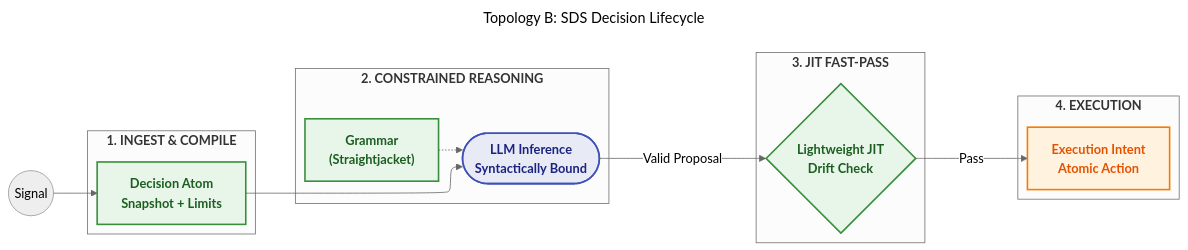
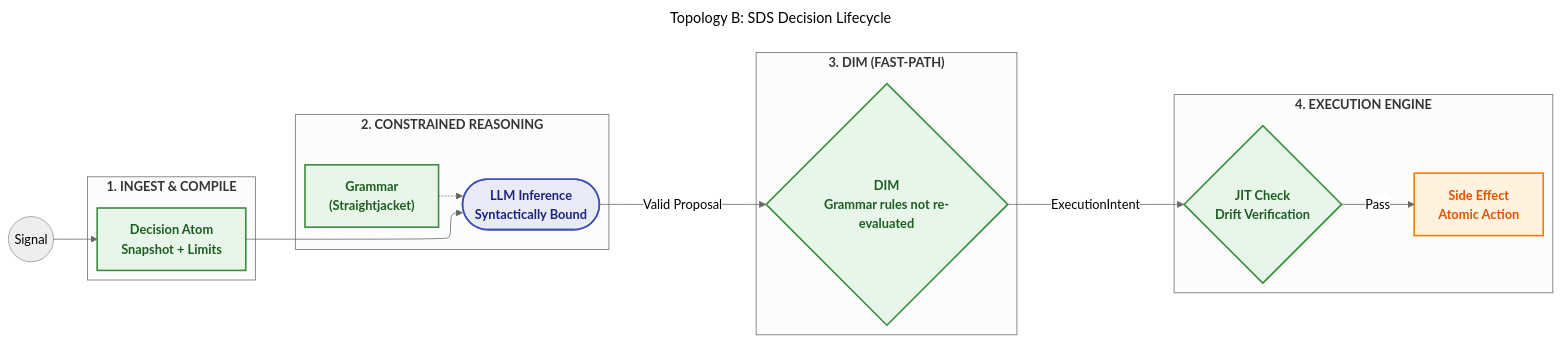
Diagram 18 of 21 in docs/07-dir-minified/DIR-minified.md (huka81/decision-intelligence-runtime), drawn with Mermaid before and after one commit. The commit also changed other lines of this file and 4 other files, not shown here.

````diff
--- a/docs/07-dir-minified/DIR-minified.md
+++ b/docs/07-dir-minified/DIR-minified.md
@@ -1881,37 +1979,39 @@
 ```mermaid
 ---
 title: "Topology B: SDS Decision Lifecycle"
 config:
   layout: elk
   theme: neutral
   look: classic
 ---
 flowchart LR
     classDef userSpace fill:#E8EAF6,stroke:#3F51B5,stroke-width:2px,color:#1A237E,font-weight:bold
     classDef kernelSpace fill:#E8F5E9,stroke:#388E3C,stroke-width:2px,color:#1B5E20,font-weight:bold
     classDef infraSpace fill:#FFF3E0,stroke:#F57C00,stroke-width:2px,color:#E65100,font-weight:bold
 
     Trigger((Signal)) --> Atom
 
     subgraph Compile ["`**1. INGEST & COMPILE**`"]
         Atom["`**Decision Atom**<br>Snapshot + Limits`"]:::kernelSpace
     end
 
     subgraph Constrained_Loop ["`**2. CONSTRAINED REASONING**`"]
         Grammar["`**Grammar**<br>(Straightjacket)`"]:::kernelSpace
         Inference(["`**LLM Inference**<br>Syntactically Bound`"]):::userSpace
         Grammar -.-> Inference
         Atom --> Inference
     end
 
-    subgraph Fast_Pass ["`**3. JIT FAST-PASS**`"]
-        JIT{"`**Lightweight JIT**<br>Drift Check`"}:::kernelSpace
+    subgraph Fast_Pass ["`**3. DIM (FAST-PATH)**`"]
+        DIM{"`**DIM**<br>Grammar rules not re-evaluated`"}:::kernelSpace
     end
 
-    subgraph Exec_Layer ["`**4. EXECUTION**`"]
-        Intent["`**Execution Intent**<br>Atomic Action`"]:::infraSpace
+    subgraph Exec_Layer ["`**4. EXECUTION ENGINE**`"]
+        JIT{"`**JIT Check**<br>Drift Verification`"}:::kernelSpace
+        Intent["`**Side Effect**<br>Atomic Action`"]:::infraSpace
     end
 
-    Inference -->|Valid Proposal| JIT
+    Inference -->|Valid Proposal| DIM
+    DIM -->|ExecutionIntent| JIT
     JIT -->|Pass| Intent
 ```
````
